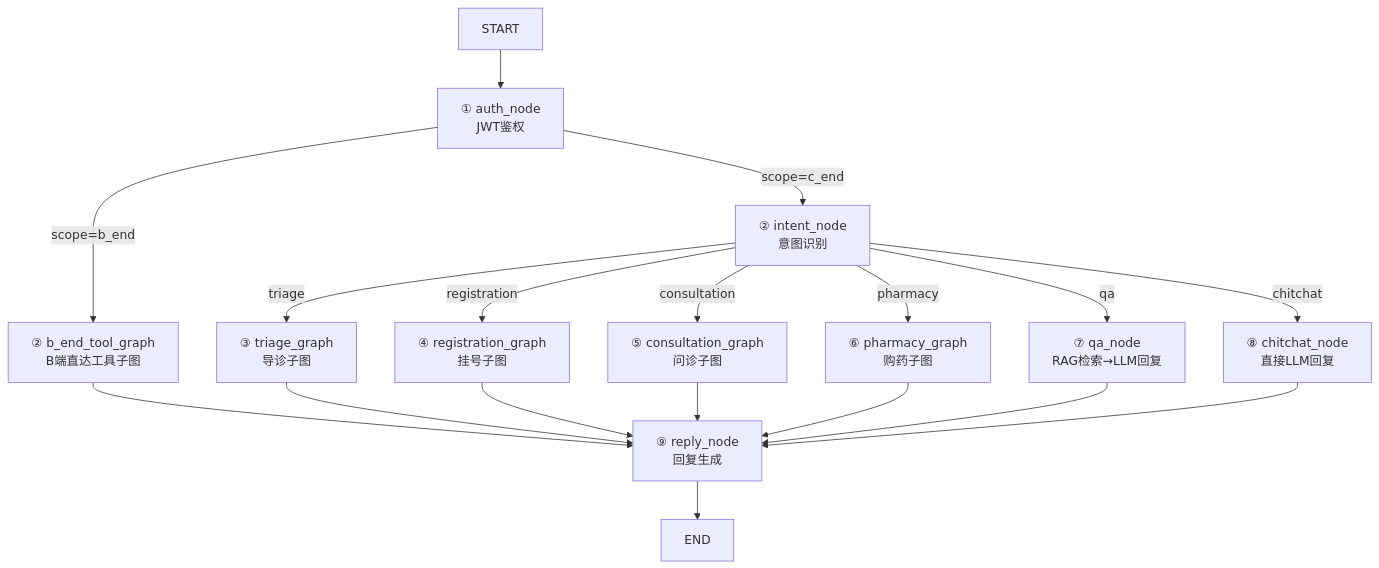
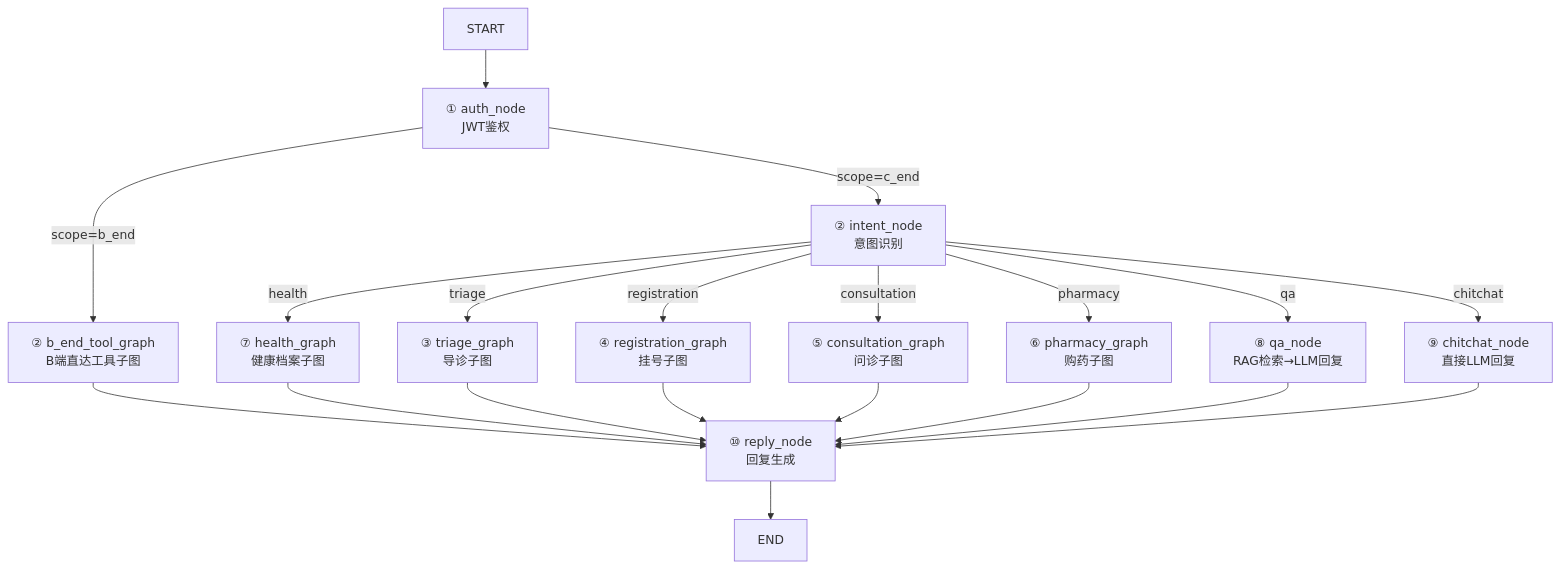
Before and after one commit to lezoo817/SPHP: the fifth of 7 diagrams in sphp-agent/docs/Agent/Agent模块系分.md, drawn with Mermaid. The commit also changed other lines of this file and 1 other file, not shown here.

Commit message:
docs(health_graph): 开发计划 M8-2 标记完成 + 系分 §5.2/5.2.1/5.2.2/5.2.3 补 health 意图与健康档案子图

````diff
--- a/sphp-agent/docs/Agent/Agent模块系分.md
+++ b/sphp-agent/docs/Agent/Agent模块系分.md
@@ -592,20 +593,22 @@
 ```mermaid
 graph TD
     START["START"] --> AUTH["① auth_node<br/>JWT鉴权"]
     AUTH -->|"scope=b_end"| BTOOL["② b_end_tool_graph<br/>B端直达工具子图"]
     AUTH -->|"scope=c_end"| INTENT["② intent_node<br/>意图识别"]
     INTENT -->|"triage"| TRIAGE["③ triage_graph<br/>导诊子图"]
     INTENT -->|"registration"| REG["④ registration_graph<br/>挂号子图"]
     INTENT -->|"consultation"| CONSULT["⑤ consultation_graph<br/>问诊子图"]
     INTENT -->|"pharmacy"| PHARM["⑥ pharmacy_graph<br/>购药子图"]
-    INTENT -->|"qa"| QA["⑦ qa_node<br/>RAG检索→LLM回复"]
-    INTENT -->|"chitchat"| CHAT["⑧ chitchat_node<br/>直接LLM回复"]
-    BTOOL --> REPLY["⑨ reply_node<br/>回复生成"]
+    INTENT -->|"health"| HEALTH["⑦ health_graph<br/>健康档案子图"]
+    INTENT -->|"qa"| QA["⑧ qa_node<br/>RAG检索→LLM回复"]
+    INTENT -->|"chitchat"| CHAT["⑨ chitchat_node<br/>直接LLM回复"]
+    BTOOL --> REPLY["⑩ reply_node<br/>回复生成"]
+    HEALTH --> REPLY
     TRIAGE --> REPLY
     REG --> REPLY
     CONSULT --> REPLY
     PHARM --> REPLY
     QA --> REPLY
     CHAT --> REPLY
     REPLY --> END["END"]
 ```
````
